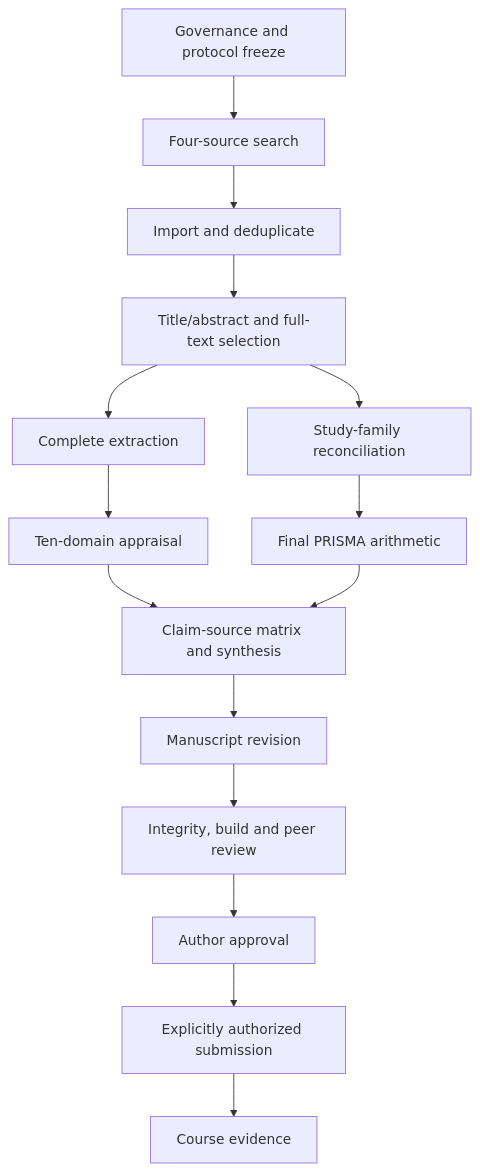
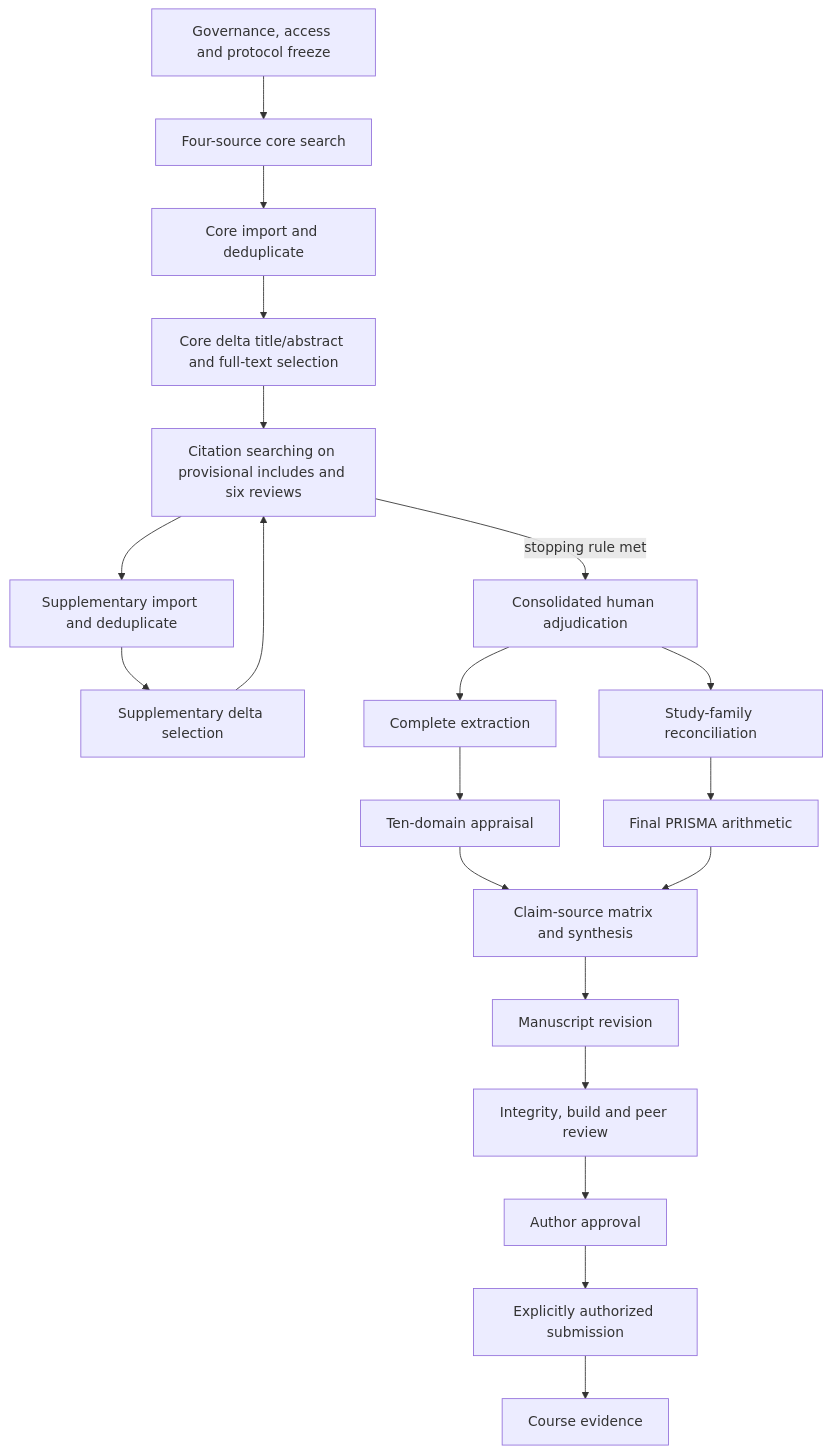
Before and after one commit to joker-momo/PhD-Research-Proposal---Nguyen-Minh-Hieu--2026-: the diagram in Slide PPNCKH/Bai_tap_ve_nha/systematic_review_prisma/specs/PRISMA_COMPLETION_SPEC.md, drawn with Mermaid. The commit also changed other lines of this file and 3 other files, not shown here.

````diff
--- a/Slide PPNCKH/Bai_tap_ve_nha/systematic_review_prisma/specs/PRISMA_COMPLETION_SPEC.md
+++ b/Slide PPNCKH/Bai_tap_ve_nha/systematic_review_prisma/specs/PRISMA_COMPLETION_SPEC.md
@@ -185,17 +229,22 @@
 ```mermaid
 flowchart TD
-  G0[Governance and protocol freeze] --> S0[Four-source search]
-  S0 --> D0[Import and deduplicate]
-  D0 --> E0[Title/abstract and full-text selection]
-  E0 --> F0[Study-family reconciliation]
-  E0 --> X0[Complete extraction]
+  G0[Governance, access and protocol freeze] --> S0[Four-source core search]
+  S0 --> D0[Core import and deduplicate]
+  D0 --> E0[Core delta title/abstract and full-text selection]
+  E0 --> C0[Citation searching on provisional includes and six reviews]
+  C0 --> DS[Supplementary import and deduplicate]
+  DS --> ES[Supplementary delta selection]
+  ES --> C0
+  C0 -->|stopping rule met| H0[Consolidated human adjudication]
+  H0 --> F0[Study-family reconciliation]
+  H0 --> X0[Complete extraction]
   F0 --> P0[Final PRISMA arithmetic]
   X0 --> Q0[Ten-domain appraisal]
   Q0 --> Y0[Claim-source matrix and synthesis]
   P0 --> Y0
   Y0 --> M0[Manuscript revision]
   M0 --> V0[Integrity, build and peer review]
   V0 --> A0[Author approval]
   A0 --> U0[Explicitly authorized submission]
-  U0 --> C0[Course evidence]
+  U0 --> CE[Course evidence]
 ```
````
